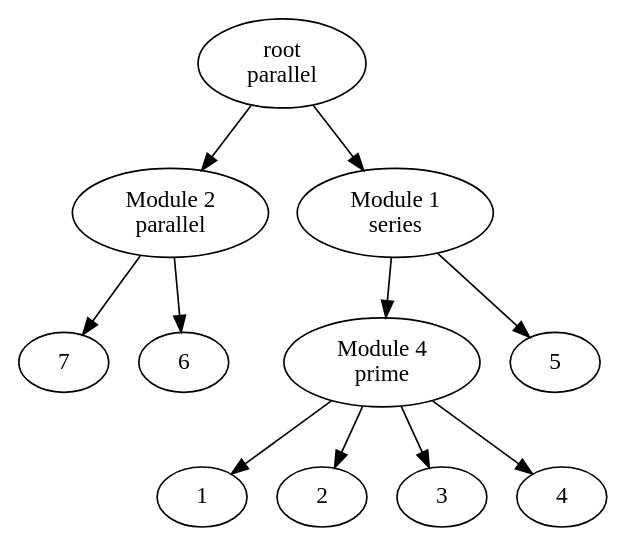
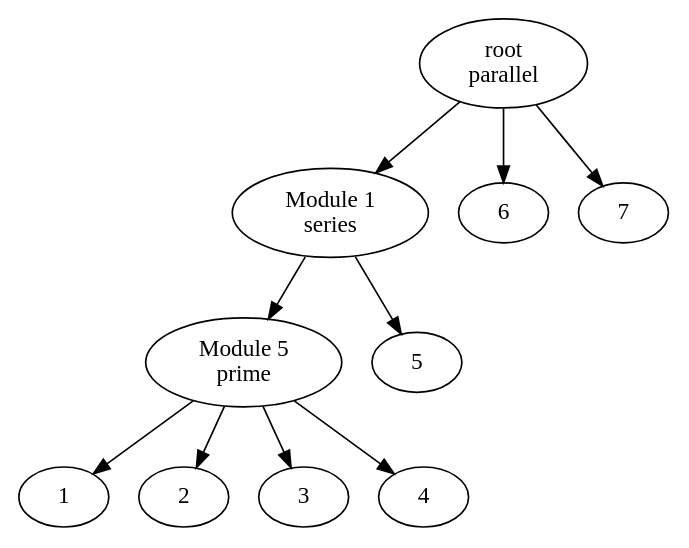
Before and after one commit to MrBoboGet/BachelorThesis: the diagram in Paper/Graph5.dot, drawn with Graphviz. The commit also changed 4 other files, not shown here.

```diff
--- a/Paper/Graph5.dot
+++ b/Paper/Graph5.dot
@@ -1,13 +1,13 @@
 digraph G
 {
     root [label="\N\nparallel"]
-    "Module 2" [label="\N\nparallel"]
     "Module 1" [label="\N\nseries"]
-    "Module 4" [label="\N\nprime"]
-    root -> "Module 2";
+    "Module 5" [label="\N\nprime"]
+
+    root -> 6
     root -> "Module 1";
-    "Module 2" -> {7 6}
+    root -> 7
     "Module 1" -> 5
-    "Module 1" -> "Module 4";
-    "Module 4" -> {1 2 3 4}
+    "Module 1" -> "Module 5";
+    "Module 5" -> {1 2 3 4}
 }
```
